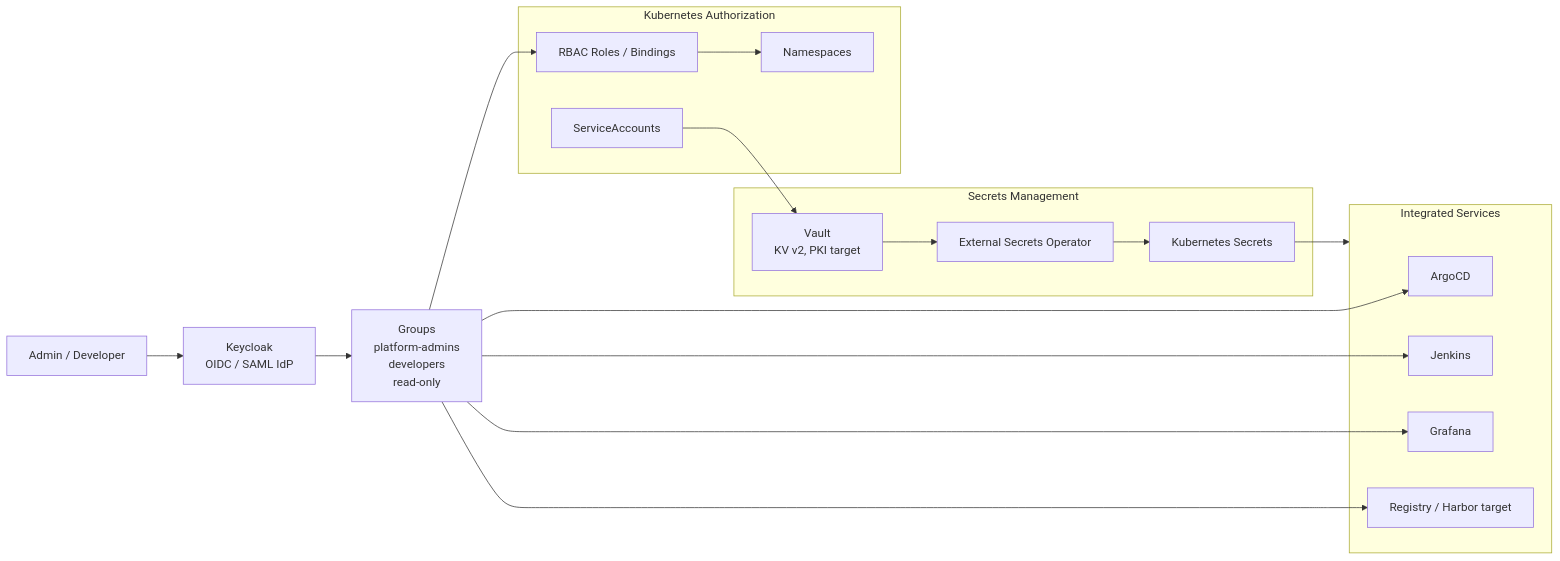
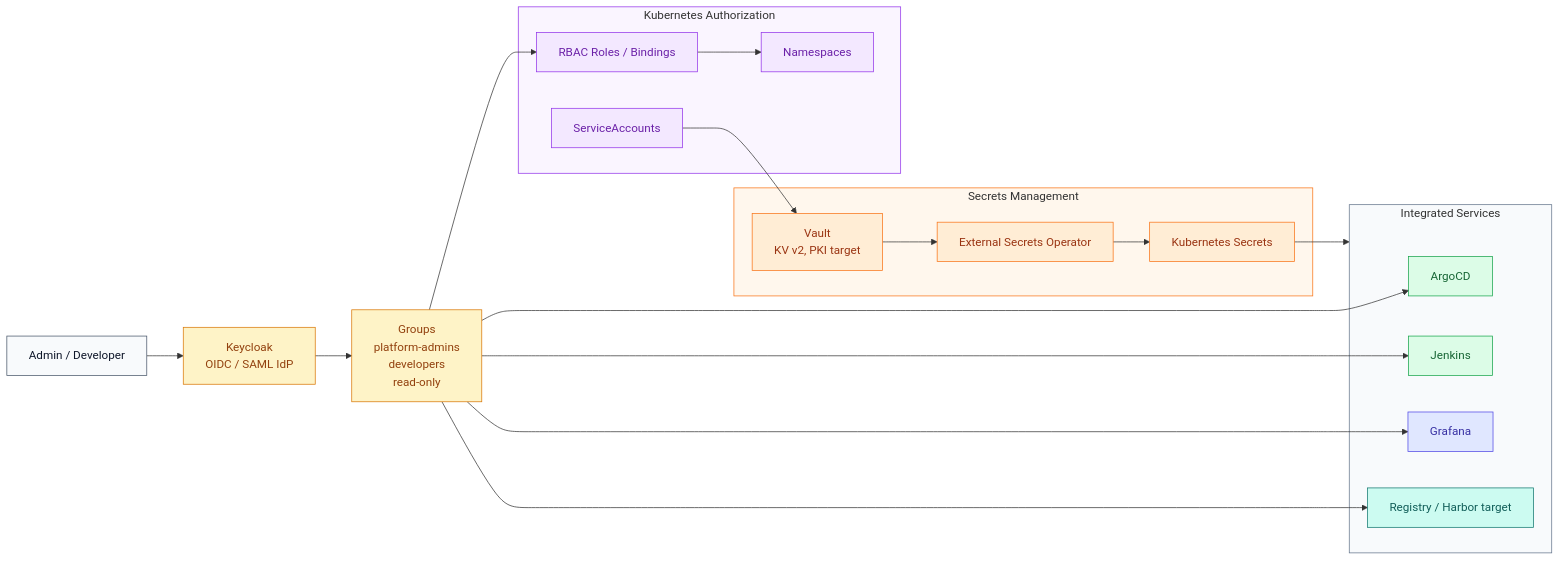
Before and after one commit to Vanguard94-RR/HomeLab: the sixth of 7 diagrams in docs/HomeLab-Enterprise-Architecture.md, drawn with Mermaid. The commit also changed other lines of this file, not shown here.

Commit message:
docs: color architecture diagrams

````diff
--- a/docs/HomeLab-Enterprise-Architecture.md
+++ b/docs/HomeLab-Enterprise-Architecture.md
@@ -354,39 +434,59 @@
 ```mermaid
 flowchart LR
   user["Admin / Developer"]
   keycloak["Keycloak<br/>OIDC / SAML IdP"]
   groups["Groups<br/>platform-admins<br/>developers<br/>read-only"]
 
   subgraph apps["Integrated Services"]
     argocd["ArgoCD"]
     jenkins["Jenkins"]
     grafana["Grafana"]
     harbor["Registry / Harbor target"]
   end
 
   subgraph secrets["Secrets Management"]
     vault["Vault<br/>KV v2, PKI target"]
     eso["External Secrets Operator"]
     k8ssecret["Kubernetes Secrets"]
   end
 
   subgraph k8s["Kubernetes Authorization"]
     sa["ServiceAccounts"]
     rbac["RBAC Roles / Bindings"]
     ns["Namespaces"]
   end
 
   user --> keycloak
   keycloak --> groups
   groups --> argocd
   groups --> jenkins
   groups --> grafana
   groups --> harbor
 
   sa --> vault
   vault --> eso
   eso --> k8ssecret
   k8ssecret --> apps
   groups --> rbac
   rbac --> ns
+
+  classDef person fill:#f8fafc,stroke:#475569,color:#0f172a
+  classDef iam fill:#fef3c7,stroke:#d97706,color:#92400e
+  classDef gitops fill:#dcfce7,stroke:#16a34a,color:#166534
+  classDef obs fill:#e0e7ff,stroke:#4f46e5,color:#3730a3
+  classDef secretsClass fill:#ffedd5,stroke:#f97316,color:#9a3412
+  classDef k8sClass fill:#f3e8ff,stroke:#9333ea,color:#6b21a8
+  classDef registry fill:#ccfbf1,stroke:#0f766e,color:#115e59
+
+  class user person
+  class keycloak,groups iam
+  class argocd,jenkins gitops
+  class grafana obs
+  class harbor registry
+  class vault,eso,k8ssecret secretsClass
+  class sa,rbac,ns k8sClass
+
+  style apps fill:#f8fafc,stroke:#64748b
+  style secrets fill:#fff7ed,stroke:#f97316
+  style k8s fill:#faf5ff,stroke:#9333ea
 ```
````
